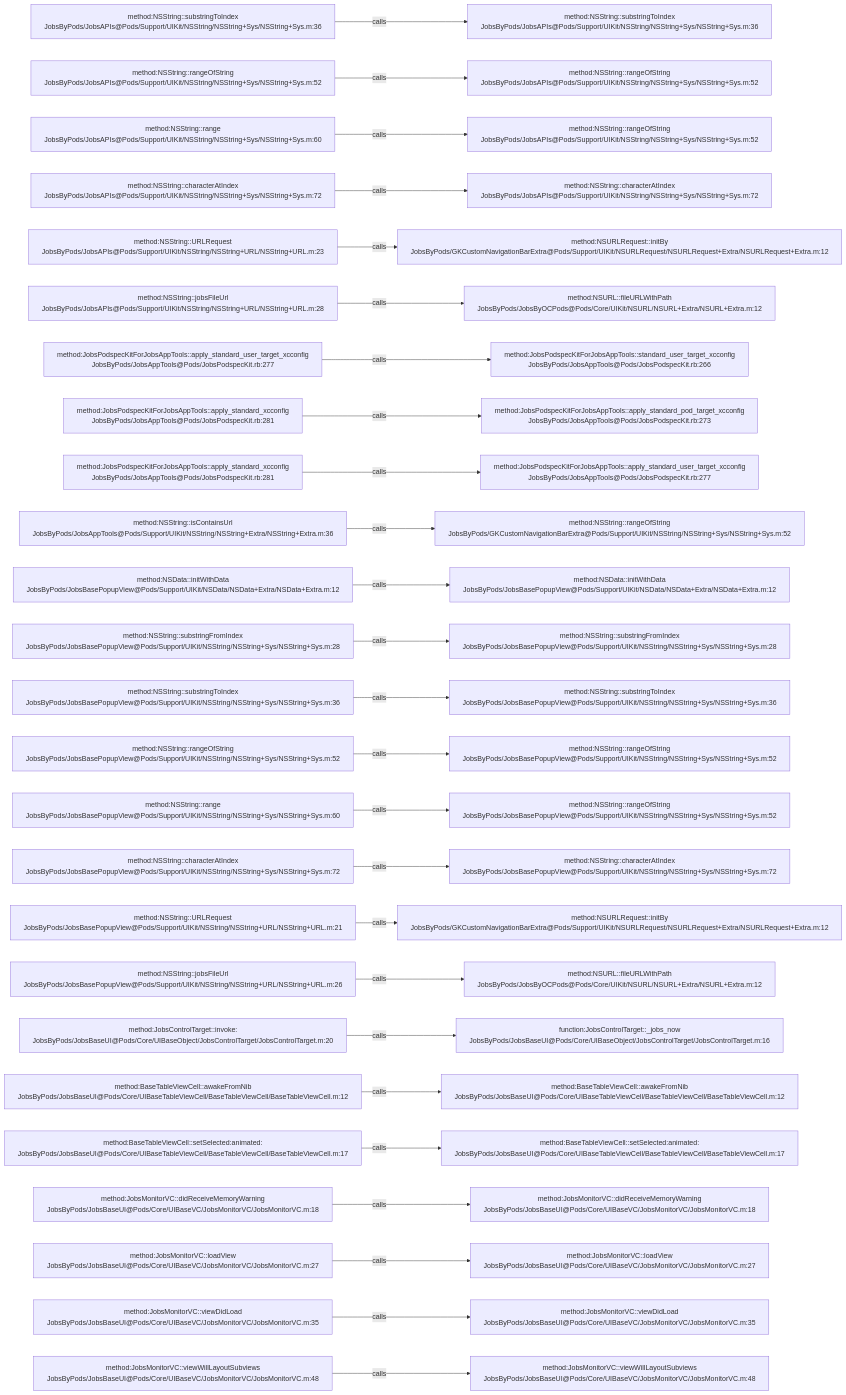
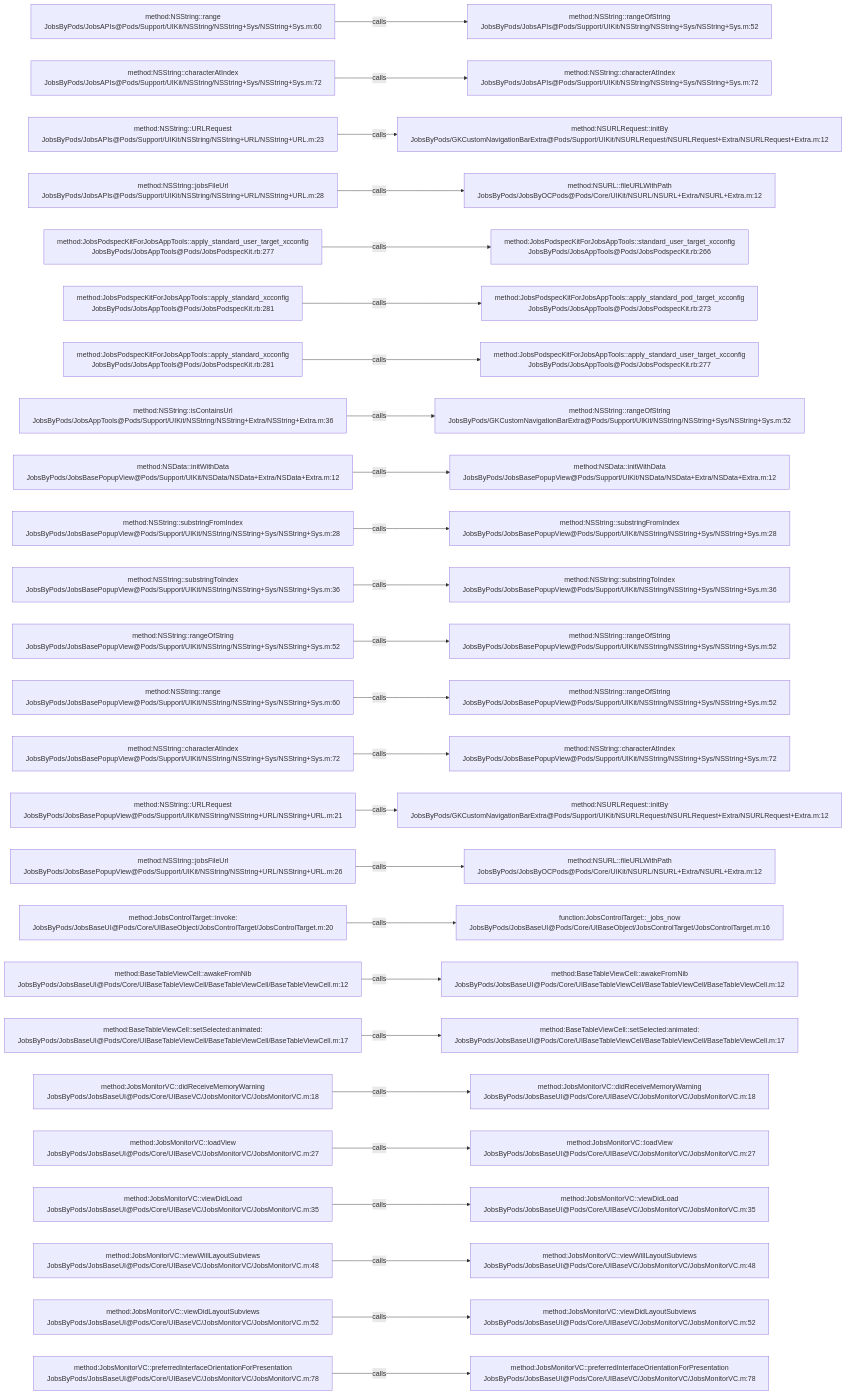
Before and after one commit to JobsKits/JobsOCBaseConfigDemo: the diagram in .codegraph/codegraph.md/graphs/calls-002.md, drawn with Mermaid. The commit also changed 727 other files, not shown here.

````diff
--- a/.codegraph/codegraph.md/graphs/calls-002.md
+++ b/.codegraph/codegraph.md/graphs/calls-002.md
@@ -13,78 +13,78 @@
 ```mermaid
 flowchart LR
-  S1["method:NSString::substringToIndex<br/>JobsByPods/JobsAPIs@Pods/Support/UIKit/NSString/NSString+Sys/NSString+Sys.m:36"]
-  T1["method:NSString::substringToIndex<br/>JobsByPods/JobsAPIs@Pods/Support/UIKit/NSString/NSString+Sys/NSString+Sys.m:36"]
+  S1["method:NSString::range<br/>JobsByPods/JobsAPIs@Pods/Support/UIKit/NSString/NSString+Sys/NSString+Sys.m:60"]
+  T1["method:NSString::rangeOfString<br/>JobsByPods/JobsAPIs@Pods/Support/UIKit/NSString/NSString+Sys/NSString+Sys.m:52"]
   S1 -->|calls| T1
-  S2["method:NSString::rangeOfString<br/>JobsByPods/JobsAPIs@Pods/Support/UIKit/NSString/NSString+Sys/NSString+Sys.m:52"]
-  T2["method:NSString::rangeOfString<br/>JobsByPods/JobsAPIs@Pods/Support/UIKit/NSString/NSString+Sys/NSString+Sys.m:52"]
+  S2["method:NSString::characterAtIndex<br/>JobsByPods/JobsAPIs@Pods/Support/UIKit/NSString/NSString+Sys/NSString+Sys.m:72"]
+  T2["method:NSString::characterAtIndex<br/>JobsByPods/JobsAPIs@Pods/Support/UIKit/NSString/NSString+Sys/NSString+Sys.m:72"]
   S2 -->|calls| T2
-  S3["method:NSString::range<br/>JobsByPods/JobsAPIs@Pods/Support/UIKit/NSString/NSString+Sys/NSString+Sys.m:60"]
-  T3["method:NSString::rangeOfString<br/>JobsByPods/JobsAPIs@Pods/Support/UIKit/NSString/NSString+Sys/NSString+Sys.m:52"]
+  S3["method:NSString::URLRequest<br/>JobsByPods/JobsAPIs@Pods/Support/UIKit/NSString/NSString+URL/NSString+URL.m:23"]
+  T3["method:NSURLRequest::initBy<br/>JobsByPods/GKCustomNavigationBarExtra@Pods/Support/UIKit/NSURLRequest/NSURLRequest+Extra/NSURLRequest+Extra.m:12"]
   S3 -->|calls| T3
-  S4["method:NSString::characterAtIndex<br/>JobsByPods/JobsAPIs@Pods/Support/UIKit/NSString/NSString+Sys/NSString+Sys.m:72"]
-  T4["method:NSString::characterAtIndex<br/>JobsByPods/JobsAPIs@Pods/Support/UIKit/NSString/NSString+Sys/NSString+Sys.m:72"]
+  S4["method:NSString::jobsFileUrl<br/>JobsByPods/JobsAPIs@Pods/Support/UIKit/NSString/NSString+URL/NSString+URL.m:28"]
+  T4["method:NSURL::fileURLWithPath<br/>JobsByPods/JobsByOCPods@Pods/Core/UIKit/NSURL/NSURL+Extra/NSURL+Extra.m:12"]
   S4 -->|calls| T4
-  S5["method:NSString::URLRequest<br/>JobsByPods/JobsAPIs@Pods/Support/UIKit/NSString/NSString+URL/NSString+URL.m:23"]
-  T5["method:NSURLRequest::initBy<br/>JobsByPods/GKCustomNavigationBarExtra@Pods/Support/UIKit/NSURLRequest/NSURLRequest+Extra/NSURLRequest+Extra.m:12"]
+  S5["method:JobsPodspecKitForJobsAppTools::apply_standard_user_target_xcconfig<br/>JobsByPods/JobsAppTools@Pods/JobsPodspecKit.rb:277"]
+  T5["method:JobsPodspecKitForJobsAppTools::standard_user_target_xcconfig<br/>JobsByPods/JobsAppTools@Pods/JobsPodspecKit.rb:266"]
   S5 -->|calls| T5
-  S6["method:NSString::jobsFileUrl<br/>JobsByPods/JobsAPIs@Pods/Support/UIKit/NSString/NSString+URL/NSString+URL.m:28"]
-  T6["method:NSURL::fileURLWithPath<br/>JobsByPods/JobsByOCPods@Pods/Core/UIKit/NSURL/NSURL+Extra/NSURL+Extra.m:12"]
+  S6["method:JobsPodspecKitForJobsAppTools::apply_standard_xcconfig<br/>JobsByPods/JobsAppTools@Pods/JobsPodspecKit.rb:281"]
+  T6["method:JobsPodspecKitForJobsAppTools::apply_standard_pod_target_xcconfig<br/>JobsByPods/JobsAppTools@Pods/JobsPodspecKit.rb:273"]
   S6 -->|calls| T6
-  S7["method:JobsPodspecKitForJobsAppTools::apply_standard_user_target_xcconfig<br/>JobsByPods/JobsAppTools@Pods/JobsPodspecKit.rb:277"]
-  T7["method:JobsPodspecKitForJobsAppTools::standard_user_target_xcconfig<br/>JobsByPods/JobsAppTools@Pods/JobsPodspecKit.rb:266"]
+  S7["method:JobsPodspecKitForJobsAppTools::apply_standard_xcconfig<br/>JobsByPods/JobsAppTools@Pods/JobsPodspecKit.rb:281"]
+  T7["method:JobsPodspecKitForJobsAppTools::apply_standard_user_target_xcconfig<br/>JobsByPods/JobsAppTools@Pods/JobsPodspecKit.rb:277"]
   S7 -->|calls| T7
-  S8["method:JobsPodspecKitForJobsAppTools::apply_standard_xcconfig<br/>JobsByPods/JobsAppTools@Pods/JobsPodspecKit.rb:281"]
-  T8["method:JobsPodspecKitForJobsAppTools::apply_standard_pod_target_xcconfig<br/>JobsByPods/JobsAppTools@Pods/JobsPodspecKit.rb:273"]
+  S8["method:NSString::isContainsUrl<br/>JobsByPods/JobsAppTools@Pods/Support/UIKit/NSString/NSString+Extra/NSString+Extra.m:36"]
+  T8["method:NSString::rangeOfString<br/>JobsByPods/GKCustomNavigationBarExtra@Pods/Support/UIKit/NSString/NSString+Sys/NSString+Sys.m:52"]
   S8 -->|calls| T8
-  S9["method:JobsPodspecKitForJobsAppTools::apply_standard_xcconfig<br/>JobsByPods/JobsAppTools@Pods/JobsPodspecKit.rb:281"]
-  T9["method:JobsPodspecKitForJobsAppTools::apply_standard_user_target_xcconfig<br/>JobsByPods/JobsAppTools@Pods/JobsPodspecKit.rb:277"]
+  S9["method:NSData::initWithData<br/>JobsByPods/JobsBasePopupView@Pods/Support/UIKit/NSData/NSData+Extra/NSData+Extra.m:12"]
+  T9["method:NSData::initWithData<br/>JobsByPods/JobsBasePopupView@Pods/Support/UIKit/NSData/NSData+Extra/NSData+Extra.m:12"]
   S9 -->|calls| T9
-  S10["method:NSString::isContainsUrl<br/>JobsByPods/JobsAppTools@Pods/Support/UIKit/NSString/NSString+Extra/NSString+Extra.m:36"]
-  T10["method:NSString::rangeOfString<br/>JobsByPods/GKCustomNavigationBarExtra@Pods/Support/UIKit/NSString/NSString+Sys/NSString+Sys.m:52"]
+  S10["method:NSString::substringFromIndex<br/>JobsByPods/JobsBasePopupView@Pods/Support/UIKit/NSString/NSString+Sys/NSString+Sys.m:28"]
+  T10["method:NSString::substringFromIndex<br/>JobsByPods/JobsBasePopupView@Pods/Support/UIKit/NSString/NSString+Sys/NSString+Sys.m:28"]
   S10 -->|calls| T10
-  S11["method:NSData::initWithData<br/>JobsByPods/JobsBasePopupView@Pods/Support/UIKit/NSData/NSData+Extra/NSData+Extra.m:12"]
-  T11["method:NSData::initWithData<br/>JobsByPods/JobsBasePopupView@Pods/Support/UIKit/NSData/NSData+Extra/NSData+Extra.m:12"]
+  S11["method:NSString::substringToIndex<br/>JobsByPods/JobsBasePopupView@Pods/Support/UIKit/NSString/NSString+Sys/NSString+Sys.m:36"]
+  T11["method:NSString::substringToIndex<br/>JobsByPods/JobsBasePopupView@Pods/Support/UIKit/NSString/NSString+Sys/NSString+Sys.m:36"]
   S11 -->|calls| T11
-  S12["method:NSString::substringFromIndex<br/>JobsByPods/JobsBasePopupView@Pods/Support/UIKit/NSString/NSString+Sys/NSString+Sys.m:28"]
-  T12["method:NSString::substringFromIndex<br/>JobsByPods/JobsBasePopupView@Pods/Support/UIKit/NSString/NSString+Sys/NSString+Sys.m:28"]
+  S12["method:NSString::rangeOfString<br/>JobsByPods/JobsBasePopupView@Pods/Support/UIKit/NSString/NSString+Sys/NSString+Sys.m:52"]
+  T12["method:NSString::rangeOfString<br/>JobsByPods/JobsBasePopupView@Pods/Support/UIKit/NSString/NSString+Sys/NSString+Sys.m:52"]
   S12 -->|calls| T12
-  S13["method:NSString::substringToIndex<br/>JobsByPods/JobsBasePopupView@Pods/Support/UIKit/NSString/NSString+Sys/NSString+Sys.m:36"]
-  T13["method:NSString::substringToIndex<br/>JobsByPods/JobsBasePopupView@Pods/Support/UIKit/NSString/NSString+Sys/NSString+Sys.m:36"]
+  S13["method:NSString::range<br/>JobsByPods/JobsBasePopupView@Pods/Support/UIKit/NSString/NSString+Sys/NSString+Sys.m:60"]
+  T13["method:NSString::rangeOfString<br/>JobsByPods/JobsBasePopupView@Pods/Support/UIKit/NSString/NSString+Sys/NSString+Sys.m:52"]
   S13 -->|calls| T13
-  S14["method:NSString::rangeOfString<br/>JobsByPods/JobsBasePopupView@Pods/Support/UIKit/NSString/NSString+Sys/NSString+Sys.m:52"]
-  T14["method:NSString::rangeOfString<br/>JobsByPods/JobsBasePopupView@Pods/Support/UIKit/NSString/NSString+Sys/NSString+Sys.m:52"]
+  S14["method:NSString::characterAtIndex<br/>JobsByPods/JobsBasePopupView@Pods/Support/UIKit/NSString/NSString+Sys/NSString+Sys.m:72"]
+  T14["method:NSString::characterAtIndex<br/>JobsByPods/JobsBasePopupView@Pods/Support/UIKit/NSString/NSString+Sys/NSString+Sys.m:72"]
   S14 -->|calls| T14
-  S15["method:NSString::range<br/>JobsByPods/JobsBasePopupView@Pods/Support/UIKit/NSString/NSString+Sys/NSString+Sys.m:60"]
-  T15["method:NSString::rangeOfString<br/>JobsByPods/JobsBasePopupView@Pods/Support/UIKit/NSString/NSString+Sys/NSString+Sys.m:52"]
+  S15["method:NSString::URLRequest<br/>JobsByPods/JobsBasePopupView@Pods/Support/UIKit/NSString/NSString+URL/NSString+URL.m:21"]
+  T15["method:NSURLRequest::initBy<br/>JobsByPods/GKCustomNavigationBarExtra@Pods/Support/UIKit/NSURLRequest/NSURLRequest+Extra/NSURLRequest+Extra.m:12"]
   S15 -->|calls| T15
-  S16["method:NSString::characterAtIndex<br/>JobsByPods/JobsBasePopupView@Pods/Support/UIKit/NSString/NSString+Sys/NSString+Sys.m:72"]
-  T16["method:NSString::characterAtIndex<br/>JobsByPods/JobsBasePopupView@Pods/Support/UIKit/NSString/NSString+Sys/NSString+Sys.m:72"]
+  S16["method:NSString::jobsFileUrl<br/>JobsByPods/JobsBasePopupView@Pods/Support/UIKit/NSString/NSString+URL/NSString+URL.m:26"]
+  T16["method:NSURL::fileURLWithPath<br/>JobsByPods/JobsByOCPods@Pods/Core/UIKit/NSURL/NSURL+Extra/NSURL+Extra.m:12"]
   S16 -->|calls| T16
-  S17["method:NSString::URLRequest<br/>JobsByPods/JobsBasePopupView@Pods/Support/UIKit/NSString/NSString+URL/NSString+URL.m:21"]
-  T17["method:NSURLRequest::initBy<br/>JobsByPods/GKCustomNavigationBarExtra@Pods/Support/UIKit/NSURLRequest/NSURLRequest+Extra/NSURLRequest+Extra.m:12"]
+  S17["method:JobsControlTarget::invoke:<br/>JobsByPods/JobsBaseUI@Pods/Core/UIBaseObject/JobsControlTarget/JobsControlTarget.m:20"]
+  T17["function:JobsControlTarget::_jobs_now<br/>JobsByPods/JobsBaseUI@Pods/Core/UIBaseObject/JobsControlTarget/JobsControlTarget.m:16"]
   S17 -->|calls| T17
-  S18["method:NSString::jobsFileUrl<br/>JobsByPods/JobsBasePopupView@Pods/Support/UIKit/NSString/NSString+URL/NSString+URL.m:26"]
-  T18["method:NSURL::fileURLWithPath<br/>JobsByPods/JobsByOCPods@Pods/Core/UIKit/NSURL/NSURL+Extra/NSURL+Extra.m:12"]
+  S18["method:BaseTableViewCell::awakeFromNib<br/>JobsByPods/JobsBaseUI@Pods/Core/UIBaseTableViewCell/BaseTableViewCell/BaseTableViewCell.m:12"]
+  T18["method:BaseTableViewCell::awakeFromNib<br/>JobsByPods/JobsBaseUI@Pods/Core/UIBaseTableViewCell/BaseTableViewCell/BaseTableViewCell.m:12"]
   S18 -->|calls| T18
-  S19["method:JobsControlTarget::invoke:<br/>JobsByPods/JobsBaseUI@Pods/Core/UIBaseObject/JobsControlTarget/JobsControlTarget.m:20"]
-  T19["function:JobsControlTarget::_jobs_now<br/>JobsByPods/JobsBaseUI@Pods/Core/UIBaseObject/JobsControlTarget/JobsControlTarget.m:16"]
+  S19["method:BaseTableViewCell::setSelected:animated:<br/>JobsByPods/JobsBaseUI@Pods/Core/UIBaseTableViewCell/BaseTableViewCell/BaseTableViewCell.m:17"]
+  T19["method:BaseTableViewCell::setSelected:animated:<br/>JobsByPods/JobsBaseUI@Pods/Core/UIBaseTableViewCell/BaseTableViewCell/BaseTableViewCell.m:17"]
   S19 -->|calls| T19
-  S20["method:BaseTableViewCell::awakeFromNib<br/>JobsByPods/JobsBaseUI@Pods/Core/UIBaseTableViewCell/BaseTableViewCell/BaseTableViewCell.m:12"]
-  T20["method:BaseTableViewCell::awakeFromNib<br/>JobsByPods/JobsBaseUI@Pods/Core/UIBaseTableViewCell/BaseTableViewCell/BaseTableViewCell.m:12"]
+  S20["method:JobsMonitorVC::didReceiveMemoryWarning<br/>JobsByPods/JobsBaseUI@Pods/Core/UIBaseVC/JobsMonitorVC/JobsMonitorVC.m:18"]
+  T20["method:JobsMonitorVC::didReceiveMemoryWarning<br/>JobsByPods/JobsBaseUI@Pods/Core/UIBaseVC/JobsMonitorVC/JobsMonitorVC.m:18"]
   S20 -->|calls| T20
-  S21["method:BaseTableViewCell::setSelected:animated:<br/>JobsByPods/JobsBaseUI@Pods/Core/UIBaseTableViewCell/BaseTableViewCell/BaseTableViewCell.m:17"]
-  T21["method:BaseTableViewCell::setSelected:animated:<br/>JobsByPods/JobsBaseUI@Pods/Core/UIBaseTableViewCell/BaseTableViewCell/BaseTableViewCell.m:17"]
+  S21["method:JobsMonitorVC::loadView<br/>JobsByPods/JobsBaseUI@Pods/Core/UIBaseVC/JobsMonitorVC/JobsMonitorVC.m:27"]
+  T21["method:JobsMonitorVC::loadView<br/>JobsByPods/JobsBaseUI@Pods/Core/UIBaseVC/JobsMonitorVC/JobsMonitorVC.m:27"]
   S21 -->|calls| T21
-  S22["method:JobsMonitorVC::didReceiveMemoryWarning<br/>JobsByPods/JobsBaseUI@Pods/Core/UIBaseVC/JobsMonitorVC/JobsMonitorVC.m:18"]
-  T22["method:JobsMonitorVC::didReceiveMemoryWarning<br/>JobsByPods/JobsBaseUI@Pods/Core/UIBaseVC/JobsMonitorVC/JobsMonitorVC.m:18"]
+  S22["method:JobsMonitorVC::viewDidLoad<br/>JobsByPods/JobsBaseUI@Pods/Core/UIBaseVC/JobsMonitorVC/JobsMonitorVC.m:35"]
+  T22["method:JobsMonitorVC::viewDidLoad<br/>JobsByPods/JobsBaseUI@Pods/Core/UIBaseVC/JobsMonitorVC/JobsMonitorVC.m:35"]
   S22 -->|calls| T22
-  S23["method:JobsMonitorVC::loadView<br/>JobsByPods/JobsBaseUI@Pods/Core/UIBaseVC/JobsMonitorVC/JobsMonitorVC.m:27"]
-  T23["method:JobsMonitorVC::loadView<br/>JobsByPods/JobsBaseUI@Pods/Core/UIBaseVC/JobsMonitorVC/JobsMonitorVC.m:27"]
+  S23["method:JobsMonitorVC::viewWillLayoutSubviews<br/>JobsByPods/JobsBaseUI@Pods/Core/UIBaseVC/JobsMonitorVC/JobsMonitorVC.m:48"]
+  T23["method:JobsMonitorVC::viewWillLayoutSubviews<br/>JobsByPods/JobsBaseUI@Pods/Core/UIBaseVC/JobsMonitorVC/JobsMonitorVC.m:48"]
   S23 -->|calls| T23
-  S24["method:JobsMonitorVC::viewDidLoad<br/>JobsByPods/JobsBaseUI@Pods/Core/UIBaseVC/JobsMonitorVC/JobsMonitorVC.m:35"]
-  T24["method:JobsMonitorVC::viewDidLoad<br/>JobsByPods/JobsBaseUI@Pods/Core/UIBaseVC/JobsMonitorVC/JobsMonitorVC.m:35"]
+  S24["method:JobsMonitorVC::viewDidLayoutSubviews<br/>JobsByPods/JobsBaseUI@Pods/Core/UIBaseVC/JobsMonitorVC/JobsMonitorVC.m:52"]
+  T24["method:JobsMonitorVC::viewDidLayoutSubviews<br/>JobsByPods/JobsBaseUI@Pods/Core/UIBaseVC/JobsMonitorVC/JobsMonitorVC.m:52"]
   S24 -->|calls| T24
-  S25["method:JobsMonitorVC::viewWillLayoutSubviews<br/>JobsByPods/JobsBaseUI@Pods/Core/UIBaseVC/JobsMonitorVC/JobsMonitorVC.m:48"]
-  T25["method:JobsMonitorVC::viewWillLayoutSubviews<br/>JobsByPods/JobsBaseUI@Pods/Core/UIBaseVC/JobsMonitorVC/JobsMonitorVC.m:48"]
+  S25["method:JobsMonitorVC::preferredInterfaceOrientationForPresentation<br/>JobsByPods/JobsBaseUI@Pods/Core/UIBaseVC/JobsMonitorVC/JobsMonitorVC.m:78"]
+  T25["method:JobsMonitorVC::preferredInterfaceOrientationForPresentation<br/>JobsByPods/JobsBaseUI@Pods/Core/UIBaseVC/JobsMonitorVC/JobsMonitorVC.m:78"]
   S25 -->|calls| T25
 ```
````
